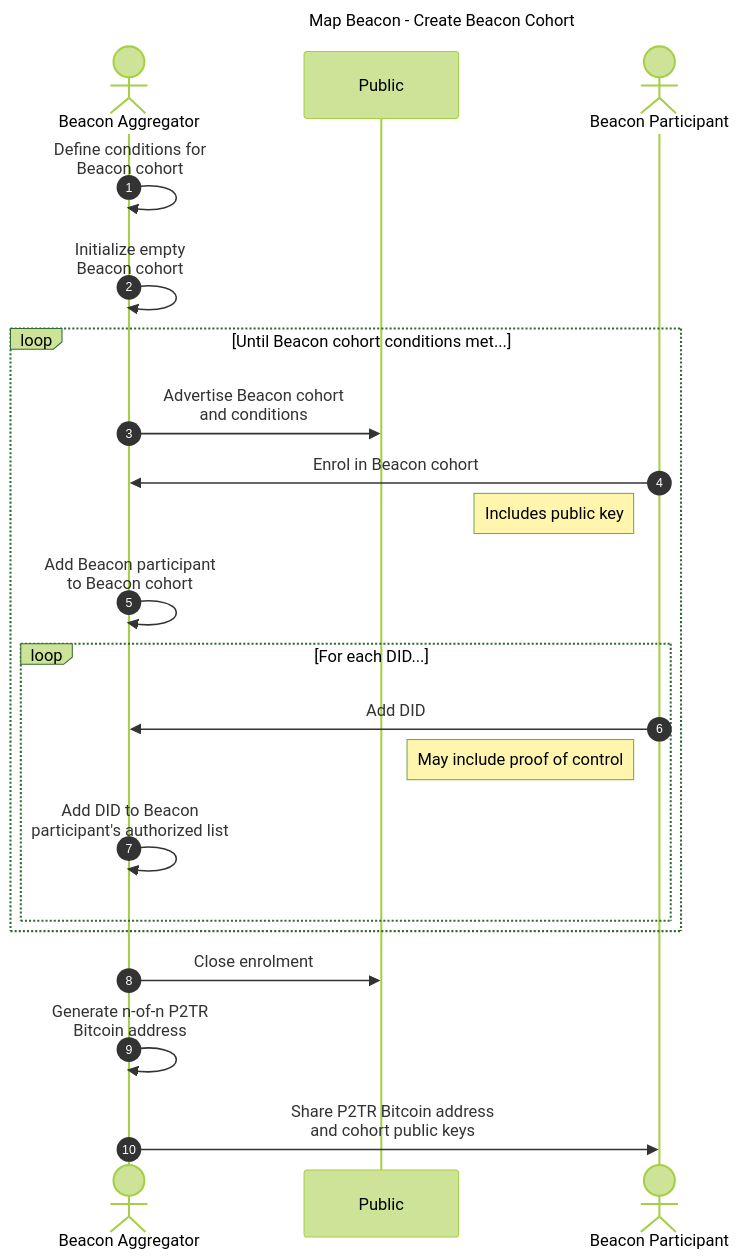
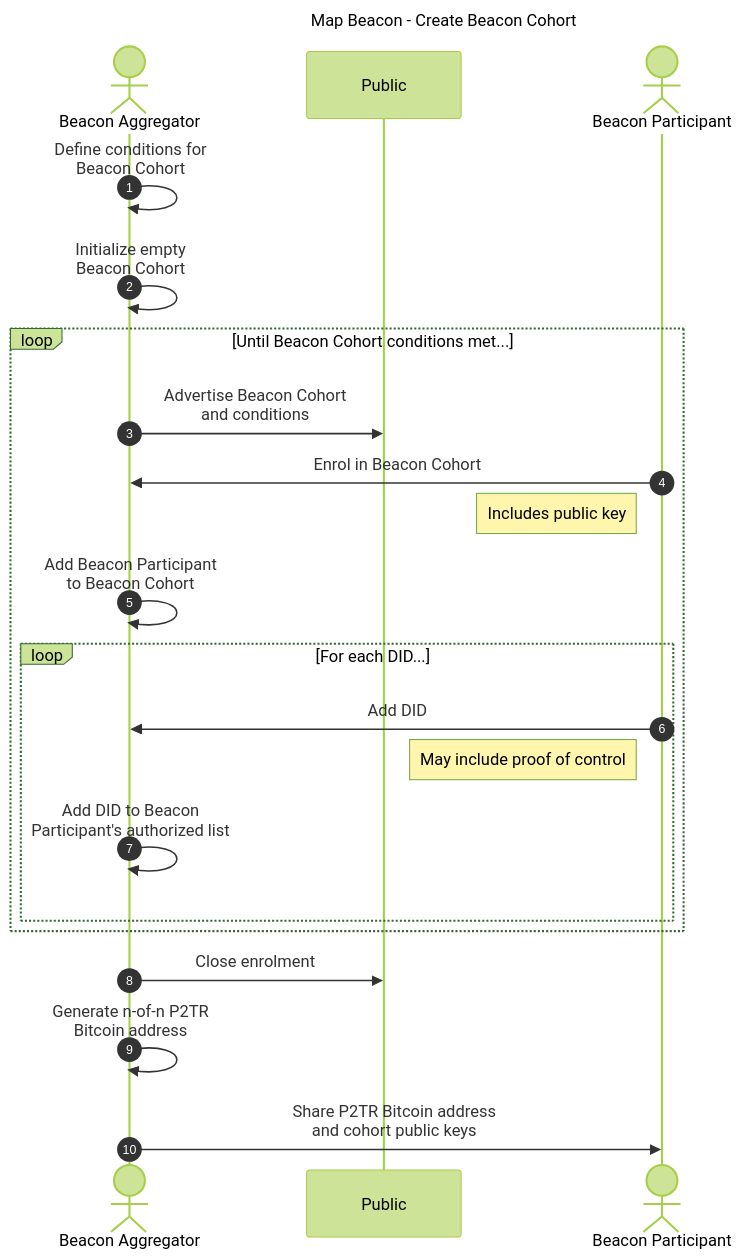
Before and after one commit to dcdpr/did-btc1: the first of 4 diagrams in chapters/Beacons.md, drawn with Mermaid (forest theme). The commit also changed other lines of this file, not shown here.

````diff
--- a/chapters/Beacons.md
+++ b/chapters/Beacons.md
@@ -119,29 +119,29 @@
 ```mermaid
 sequenceDiagram
     autonumber
     title Map Beacon - Create Beacon Cohort
 
     actor A as Beacon Aggregator
     participant P as Public
     actor R as Beacon Participant
 
-    A ->> A: Define conditions for<br/>Beacon cohort
-    A ->> A: Initialize empty<br/>Beacon cohort
+    A ->> A: Define conditions for<br/>Beacon Cohort
+    A ->> A: Initialize empty<br/>Beacon Cohort
 
-    loop Until Beacon cohort conditions met...
-        A ->> P: Advertise Beacon cohort<br/>and conditions
-        R ->> A: Enrol in Beacon cohort
+    loop Until Beacon Cohort conditions met...
+        A ->> P: Advertise Beacon Cohort<br/>and conditions
+        R ->> A: Enrol in Beacon Cohort
         note left of R: Includes public key
-        A ->> A: Add Beacon participant<br/>to Beacon cohort
+        A ->> A: Add Beacon Participant<br/>to Beacon Cohort
 
         loop For each DID...
             R ->> A: Add DID
             note left of R: May include proof of control
-            A ->> A: Add DID to Beacon<br/>participant's authorized list
+            A ->> A: Add DID to Beacon<br/>Participant's authorized list
         end
     end
 
     A ->> P: Close enrolment
     A ->> A: Generate n-of-n P2TR<br/>Bitcoin address
     A ->> R: Share P2TR Bitcoin address<br/>and cohort public keys
 ```
````
